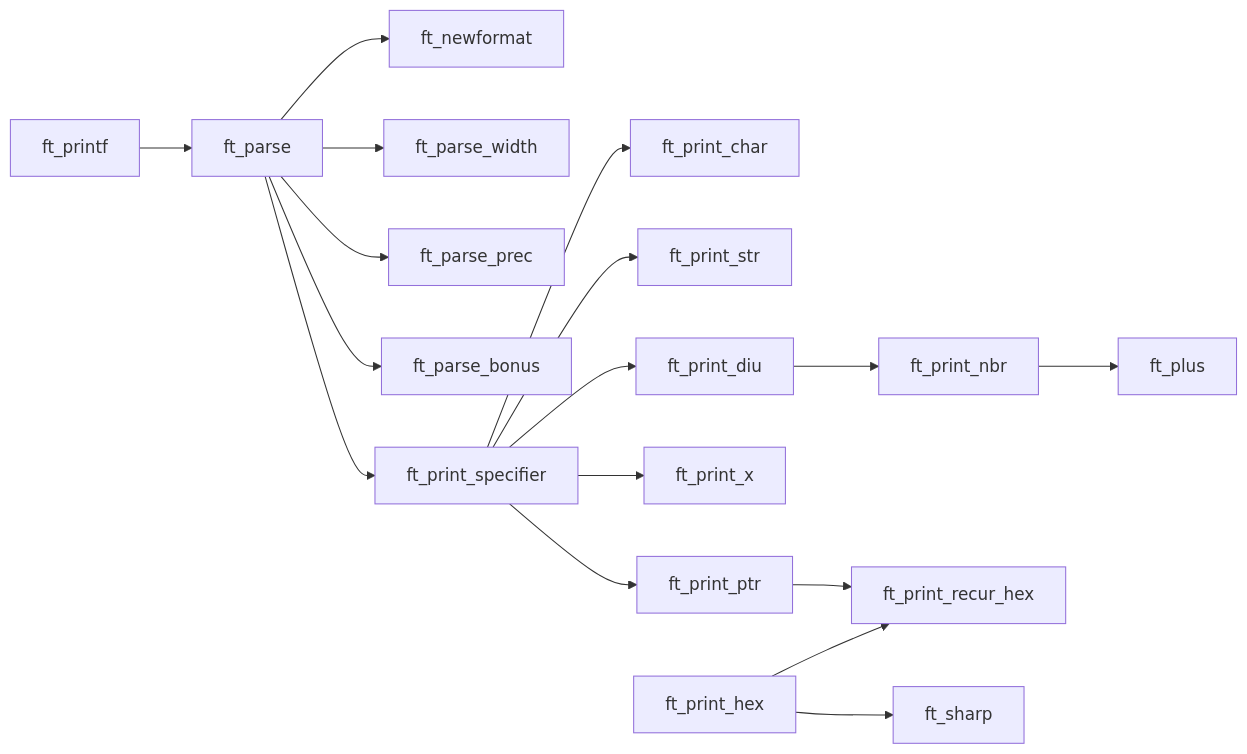
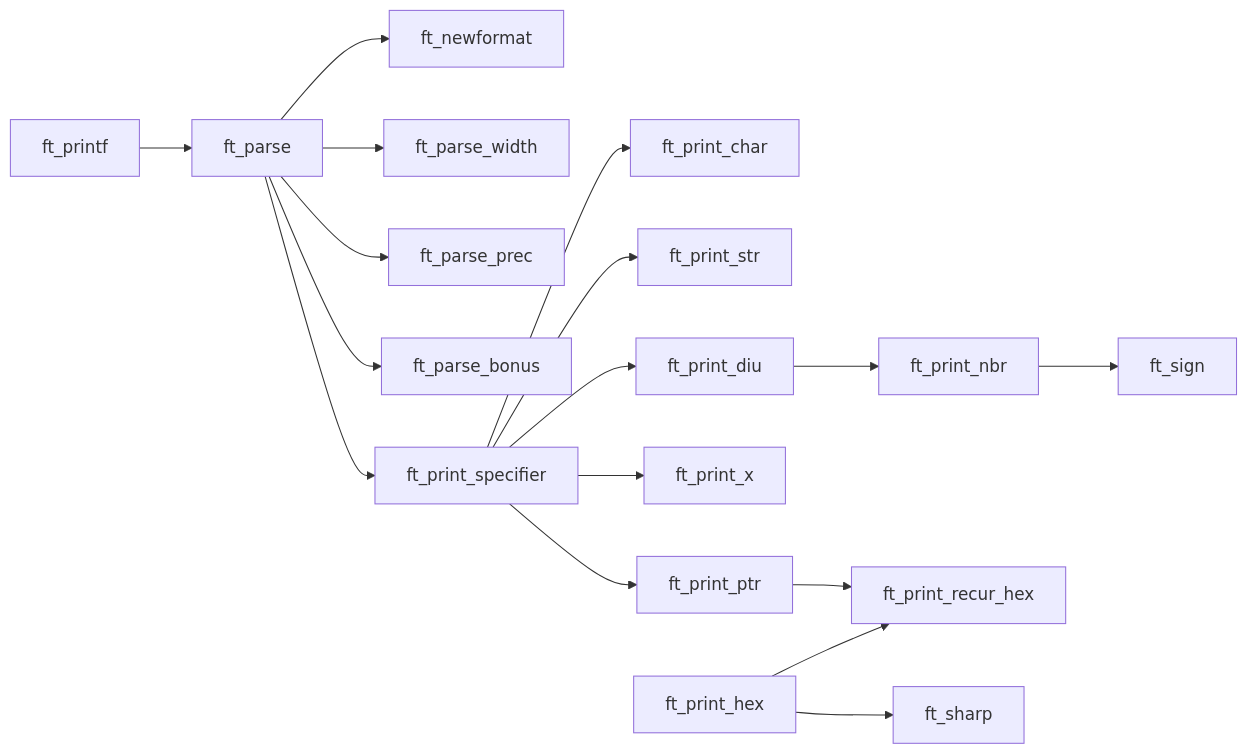
The second of 2 diagrams in README.md (PedroZappa/42_ft_printf), drawn with Mermaid before and after one commit. The commit also changed other lines of this file and 1 other file, not shown here.

Commit message:
ft_print_nbrs.c : renamed ft_plus to ft_sign

````diff
--- a/README.md
+++ b/README.md
@@ -203,22 +203,22 @@
 ```mermaid
 ---
 title ft_printf Processing Flow
 ---
 graph LR;
     ft_printf-->ft_parse;
     ft_parse-->ft_newformat;
     ft_parse-->ft_parse_width;
     ft_parse-->ft_parse_prec;
     ft_parse-->ft_parse_bonus;
     ft_parse-->ft_print_specifier;
     ft_print_specifier-->ft_print_char;
     ft_print_specifier-->ft_print_str;
     ft_print_specifier-->ft_print_diu;
     ft_print_specifier-->ft_print_x;
     ft_print_specifier-->ft_print_ptr;
     ft_print_diu-->ft_print_nbr;
-    ft_print_nbr-->ft_plus;
+    ft_print_nbr-->ft_sign;
     ft_print_hex-->ft_print_recur_hex;
     ft_print_hex-->ft_sharp;
     ft_print_ptr-->ft_print_recur_hex;
 ```
````
